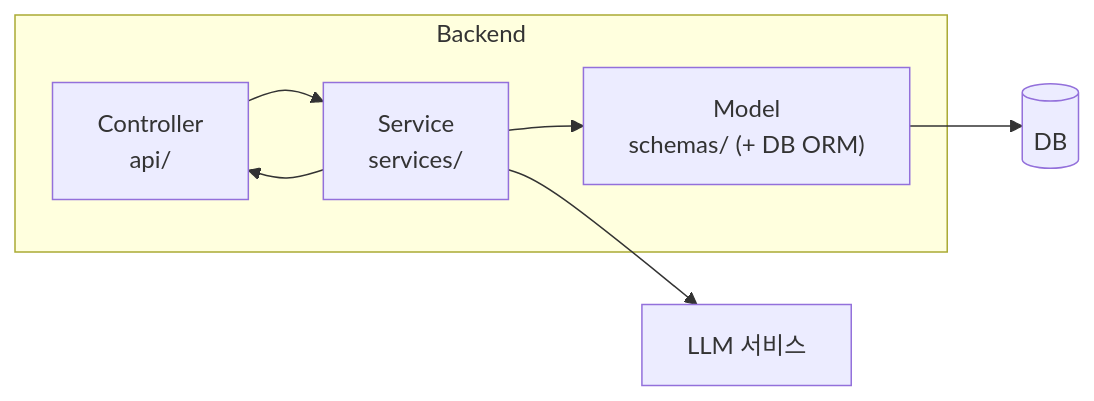
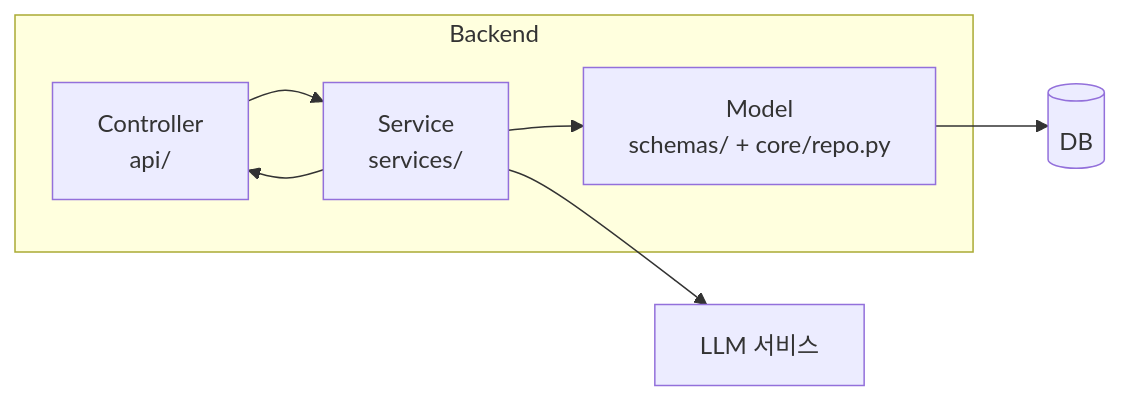
One commit to SKNETWORKS-FAMILY-AICAMP/SKN34-3rd-3Team changed the second of 2 diagrams in Docs/Design/ARCHITECTURE.md. Above: the diagram before and after it, drawn with Mermaid. The commit also changed other lines of this file and 13 other files, not shown here.

````diff
--- a/Docs/Design/ARCHITECTURE.md
+++ b/Docs/Design/ARCHITECTURE.md
@@ -45,16 +45,16 @@
 ```mermaid
 flowchart LR
     subgraph Backend["Backend"]
         API["Controller<br/>api/"]
         SVC["Service<br/>services/"]
-        MODEL["Model<br/>schemas/ (+ DB ORM)"]
+        MODEL["Model<br/>schemas/ + core/repo.py"]
     end
     LLMSVC["LLM 서비스"]
     DB[("DB")]
 
     API --> SVC
     SVC --> MODEL
     MODEL --> DB
     SVC --> LLMSVC
     SVC --> API
 ```
````
